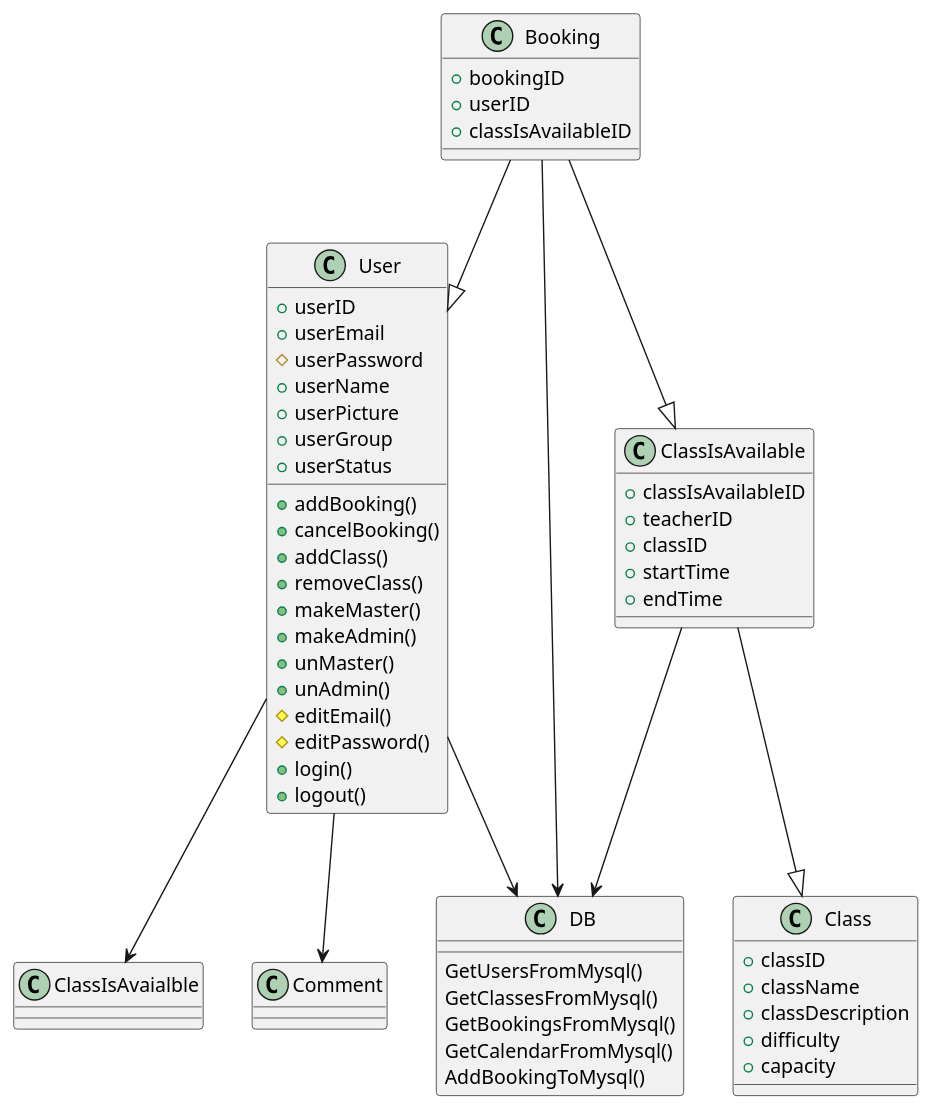
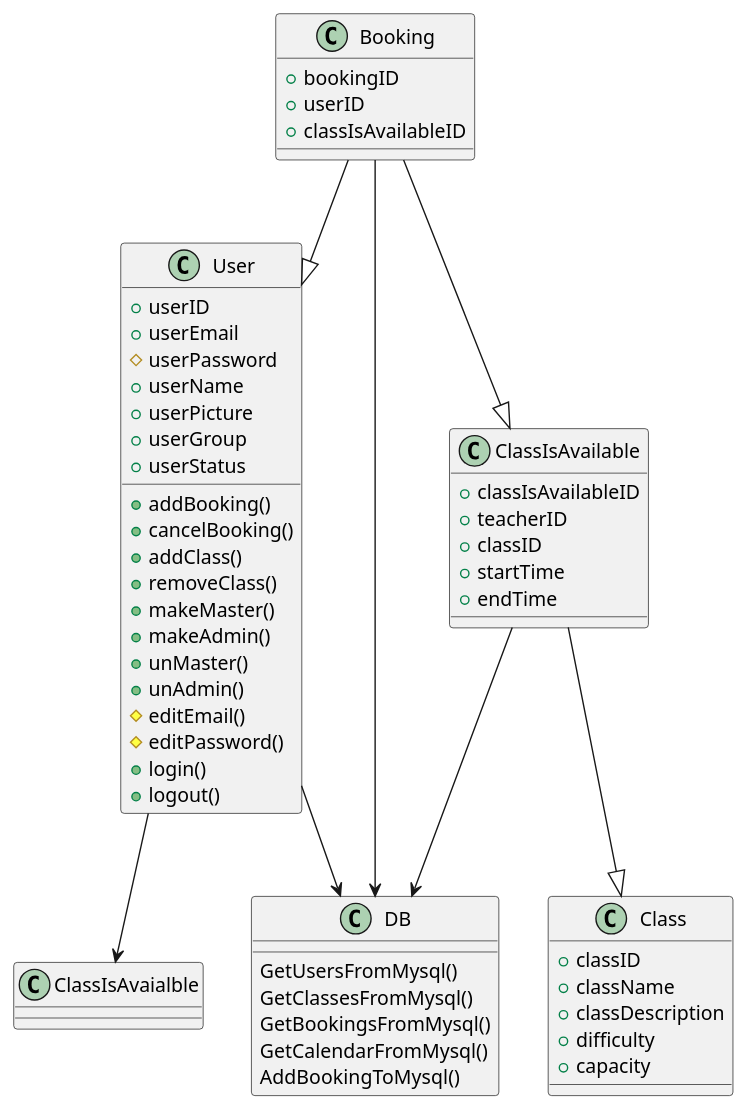
One commit to samsonitto/fitness-studio changed the fifth of 5 diagrams in README.md. Above: the diagram before and after it, drawn with PlantUML. The commit also changed other lines of this file and 16 other files, not shown here.

````diff
--- a/README.md
+++ b/README.md
@@ -203,65 +203,65 @@
 ```plantuml
 @startuml
     class User {
         +userID
         +userEmail
         #userPassword
         +userName
         +userPicture
         +userGroup
         +userStatus
         +addBooking()
         +cancelBooking()
         +addClass()
         +removeClass()
         +makeMaster()
         +makeAdmin()
         +unMaster()
         +unAdmin()
         #editEmail()
         #editPassword()
         +login()
         +logout()
     }
     
     class Booking {
         +bookingID
         +userID
         +classIsAvailableID
     }
     
     class ClassIsAvailable {
         +classIsAvailableID
         +teacherID
         +classID
         +startTime
         +endTime
     }
     
     class Class {
         +classID
         +className
         +classDescription
         +difficulty
         +capacity
     }
     
     class DB {
         GetUsersFromMysql()
         GetClassesFromMysql()
         GetBookingsFromMysql()
         GetCalendarFromMysql()
         AddBookingToMysql()
     }
     
     
     Booking --|> User
     User --> DB
     Booking --|> ClassIsAvailable
     ClassIsAvailable --|> Class
     User --> ClassIsAvaialble
-    User --> Comment
     Booking --> DB
     ClassIsAvailable --> DB
+    
 @enduml
 ```
````
